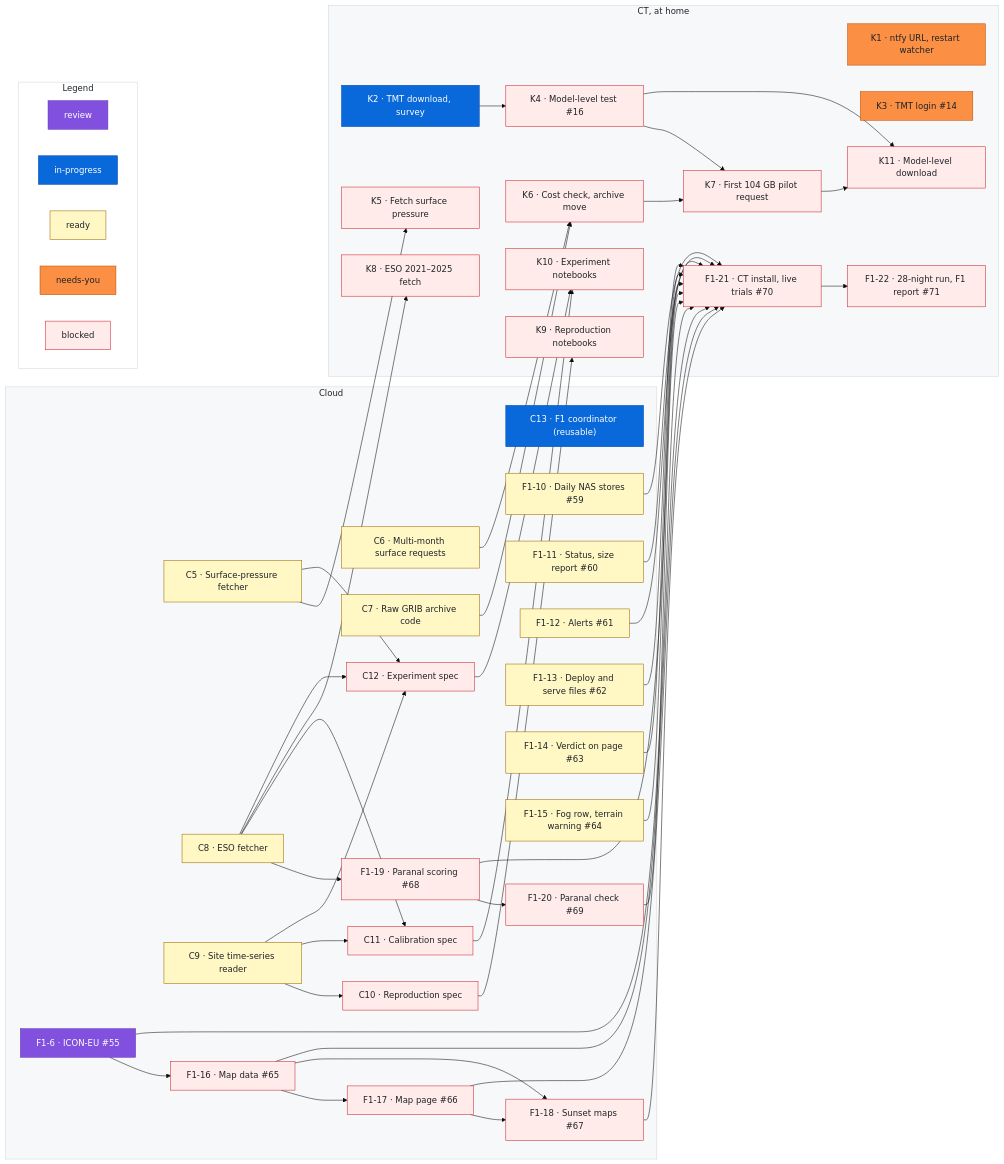
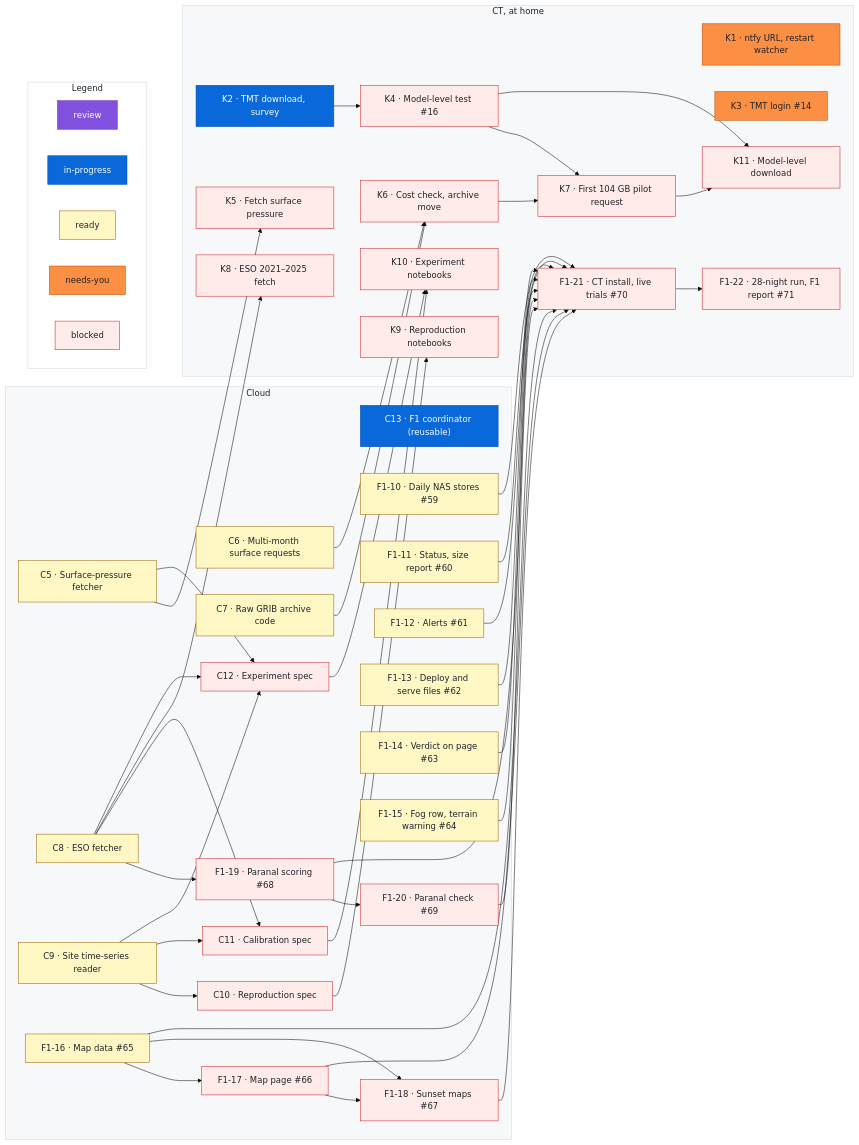
The diagram in docs/roadmap.md (rrweller/Astro-seeing), drawn with Mermaid (base theme) before and after one commit. The commit also changed other lines of this file, not shown here.

First line of the commit message:
roadmap: sweep (remove F1-6, #86 merged; F1-16 ready)

```diff
--- a/docs/roadmap.md
+++ b/docs/roadmap.md
@@ -102,7 +100,6 @@
     C11["C11 · Calibration spec"]
     C12["C12 · Experiment spec"]
     C13["C13 · F1 coordinator (reusable)"]
-    F1_6["F1-6 · ICON-EU #55"]
     F1_10["F1-10 · Daily NAS stores #59"]
     F1_11["F1-11 · Status, size report #60"]
     F1_12["F1-12 · Alerts #61"]
@@ -130,13 +127,11 @@
     F1_21["F1-21 · CT install, live trials #70"]
     F1_22["F1-22 · 28-night run, F1 report #71"]
   end
-  F1_6 --> F1_16
   F1_16 --> F1_17
   F1_16 --> F1_18
   F1_17 --> F1_18
   C8 --> F1_19
   F1_19 --> F1_20
-  F1_6 --> F1_21
   F1_10 --> F1_21
   F1_11 --> F1_21
   F1_12 --> F1_21
@@ -200,8 +195,6 @@
   %% ---
   class C13 inprogress
   %% ---
-  class F1_6 review
-  %% ---
   class F1_10 ready
   %% ---
   class F1_11 ready
@@ -214,7 +207,7 @@
   %% ---
   class F1_15 ready
   %% ---
-  class F1_16 blocked
+  class F1_16 ready
   %% ---
   class F1_17 blocked
   %% ---
```
